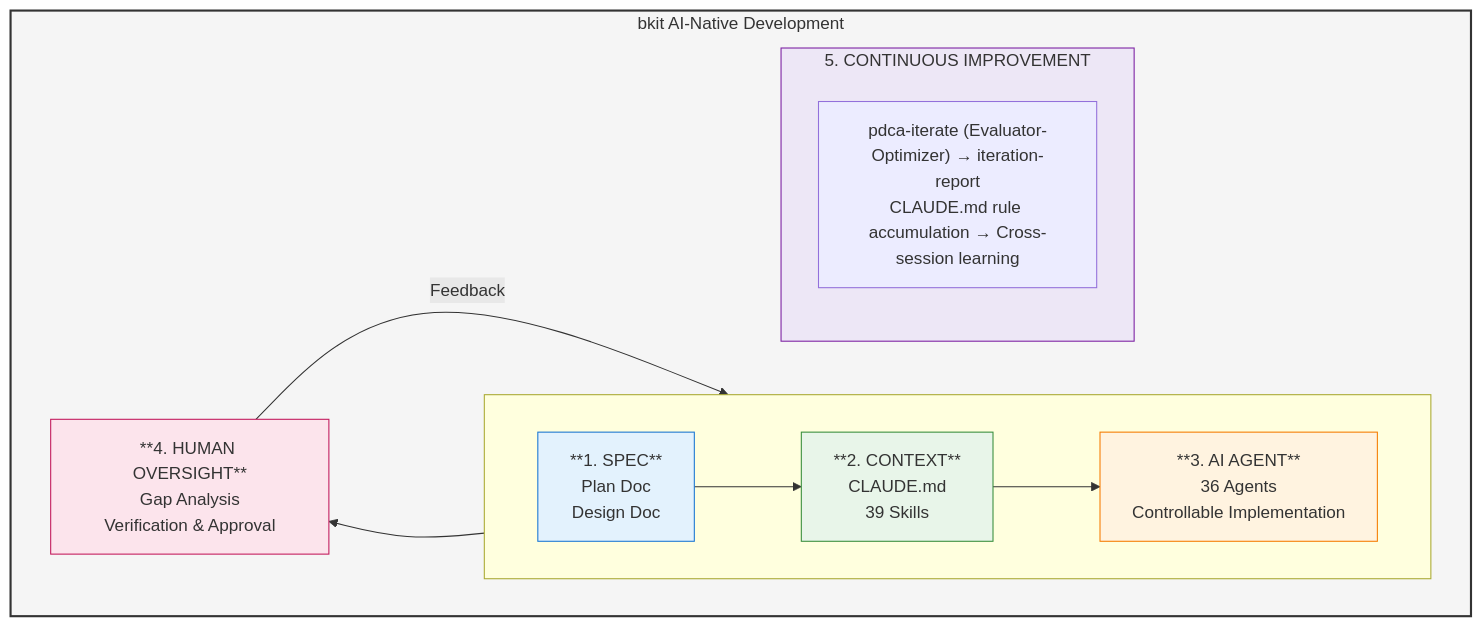
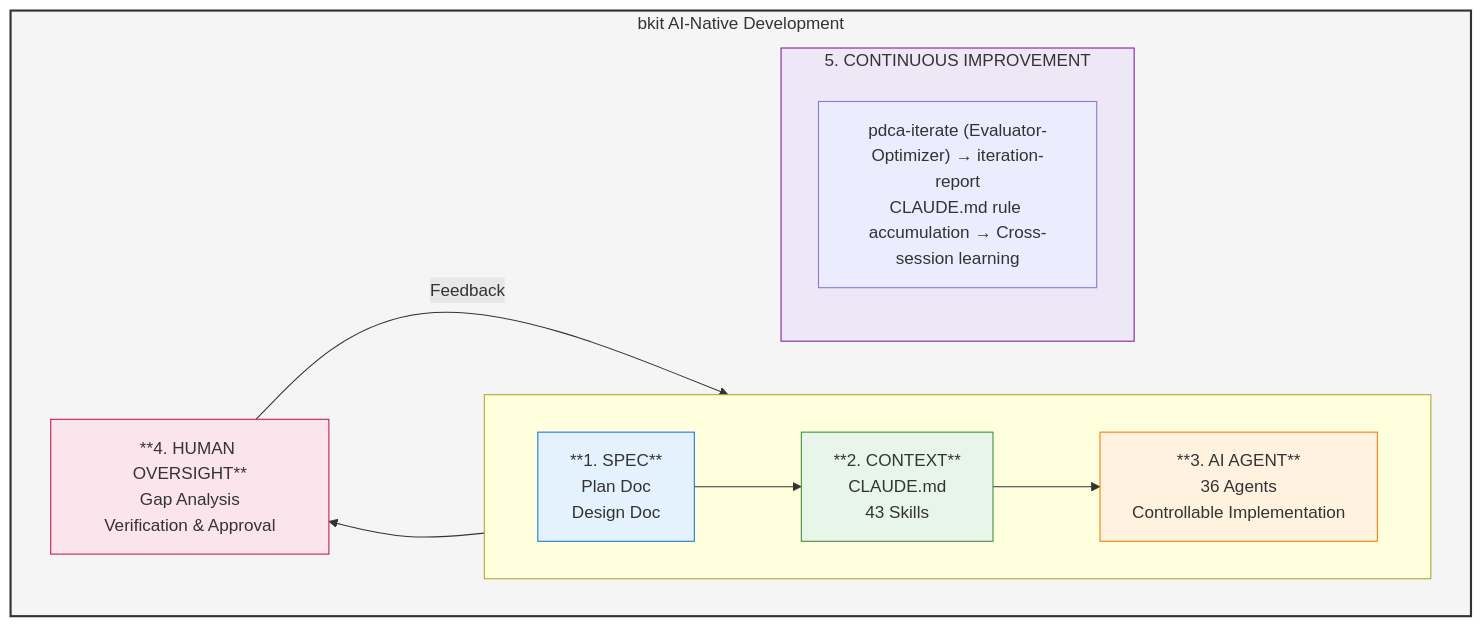
Before and after one commit to Stars1233/bkit-claude-code: the diagram in AI-NATIVE-DEVELOPMENT.md, drawn with Mermaid. The commit also changed other lines of this file and 14 other files, not shown here.

````diff
--- a/AI-NATIVE-DEVELOPMENT.md
+++ b/AI-NATIVE-DEVELOPMENT.md
@@ -9,31 +9,31 @@
 ```mermaid
 flowchart TB
     subgraph MAIN["bkit AI-Native Development"]
         direction LR
 
         subgraph ROW1[" "]
             direction LR
             SPEC["**1. SPEC**<br/>Plan Doc<br/>Design Doc"]
-            CONTEXT["**2. CONTEXT**<br/>CLAUDE.md<br/>39 Skills"]
+            CONTEXT["**2. CONTEXT**<br/>CLAUDE.md<br/>43 Skills"]
             AGENT["**3. AI AGENT**<br/>36 Agents<br/>Controllable Implementation"]
         end
 
         OVERSIGHT["**4. HUMAN OVERSIGHT**<br/>Gap Analysis<br/>Verification & Approval"]
 
         subgraph IMPROVE["5. CONTINUOUS IMPROVEMENT"]
             IMP_CONTENT["pdca-iterate (Evaluator-Optimizer) → iteration-report<br/>CLAUDE.md rule accumulation → Cross-session learning"]
         end
     end
 
     SPEC --> CONTEXT
     CONTEXT --> AGENT
     AGENT --> OVERSIGHT
     OVERSIGHT -->|"Feedback"| SPEC
 
     style MAIN fill:#f5f5f5,stroke:#333,stroke-width:2px
     style SPEC fill:#e3f2fd,stroke:#1976d2
     style CONTEXT fill:#e8f5e9,stroke:#388e3c
     style AGENT fill:#fff3e0,stroke:#f57c00
     style OVERSIGHT fill:#fce4ec,stroke:#c2185b
     style IMPROVE fill:#ede7f6,stroke:#7b1fa2
 ```
````
